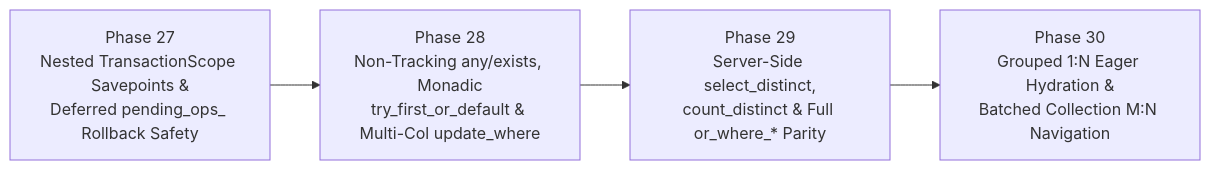
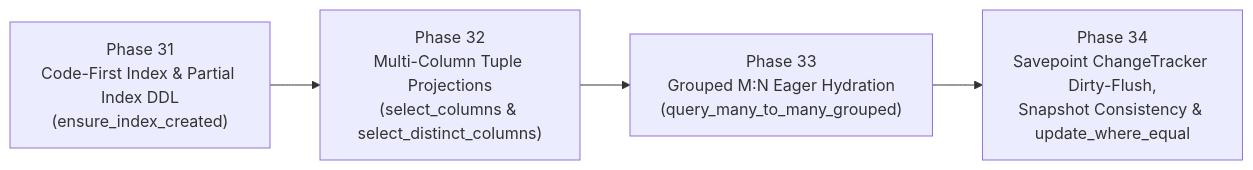
The second of 2 diagrams in readme4.md (mythrz/CodeFirstCppDB_sqlgen), drawn with Mermaid before and after one commit. The commit also changed other lines of this file, not shown here.

Commit message:
plan: code-first, tuple, M-M exceptions, composite-key dup, snap. orch arg (1st time test)

````diff
--- a/readme4.md
+++ b/readme4.md
@@ -282,6 +278,6 @@
 ```mermaid
 flowchart LR
-    P27["Phase 27<br/>Nested TransactionScope Savepoints &amp;<br/>Deferred pending_ops_ Rollback Safety"] --> P28["Phase 28<br/>Non-Tracking any/exists, Monadic<br/>try_first_or_default &amp; Multi-Col update_where"]
-    P28 --> P29["Phase 29<br/>Server-Side select_distinct,<br/>count_distinct &amp; Full or_where_* Parity"]
-    P29 --> P30["Phase 30<br/>Grouped 1:N Eager Hydration &amp;<br/>Batched Collection M:N Navigation"]
+    P31["Phase 31<br/>Code-First Index &amp; Partial Index DDL<br/>(ensure_index_created)"] --> P32["Phase 32<br/>Multi-Column Tuple Projections<br/>(select_columns &amp; select_distinct_columns)"]
+    P32 --> P33["Phase 33<br/>Grouped M:N Eager Hydration<br/>(query_many_to_many_grouped)"]
+    P33 --> P34["Phase 34<br/>Savepoint ChangeTracker Dirty-Flush,<br/>Snapshot Consistency &amp; update_where_equal"]
 ```
````
